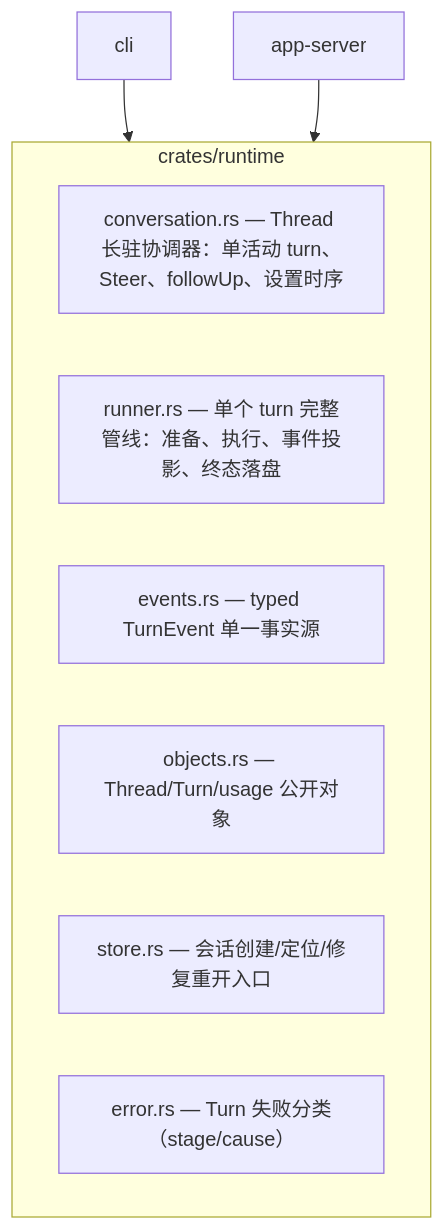
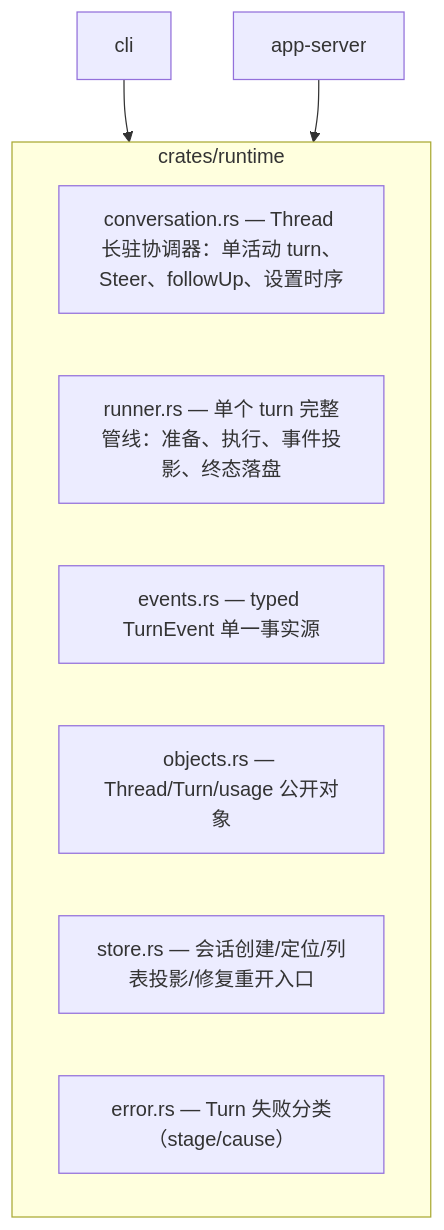
The seventh of 10 diagrams in docs/repository-map.md (qjcnmd/singularity-agent), drawn with Mermaid before and after one commit. The commit also changed other lines of this file and 2 other files, not shown here.

````diff
--- a/docs/repository-map.md
+++ b/docs/repository-map.md
@@ -170,13 +170,13 @@
 ```mermaid
 flowchart TD
     subgraph runtime["crates/runtime"]
         conversation["conversation.rs — Thread 长驻协调器：单活动 turn、Steer、followUp、设置时序"]
         runner["runner.rs — 单个 turn 完整管线：准备、执行、事件投影、终态落盘"]
         events["events.rs — typed TurnEvent 单一事实源"]
         objects["objects.rs — Thread/Turn/usage 公开对象"]
-        store["store.rs — 会话创建/定位/修复重开入口"]
+        store["store.rs — 会话创建/定位/列表投影/修复重开入口"]
         error["error.rs — Turn 失败分类（stage/cause）"]
     end
     cli["cli"] --> runtime
     appserver["app-server"] --> runtime
 ```
````
